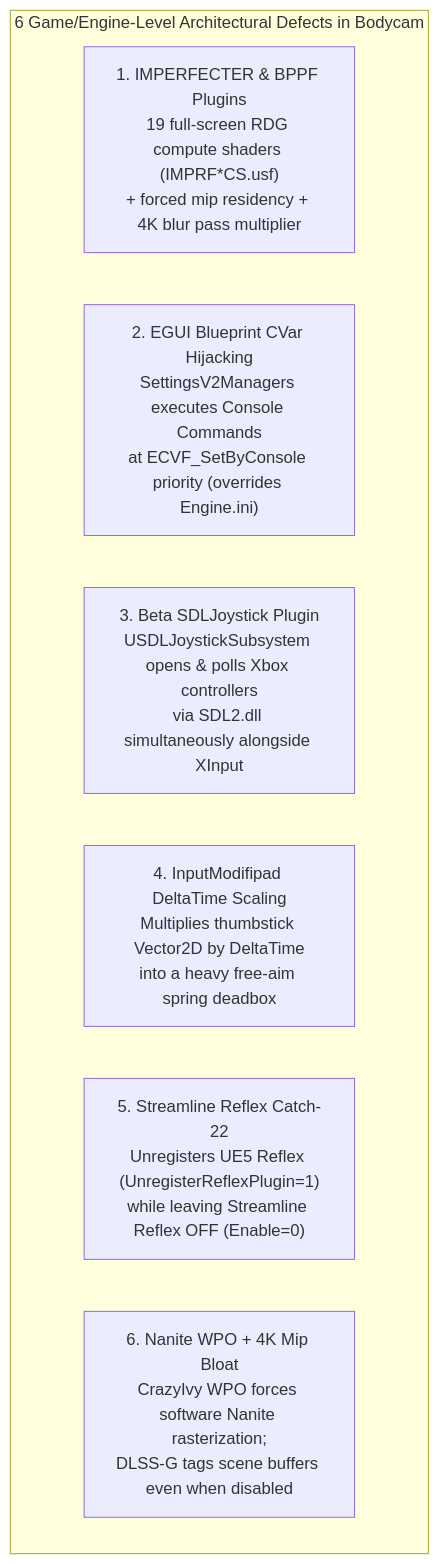
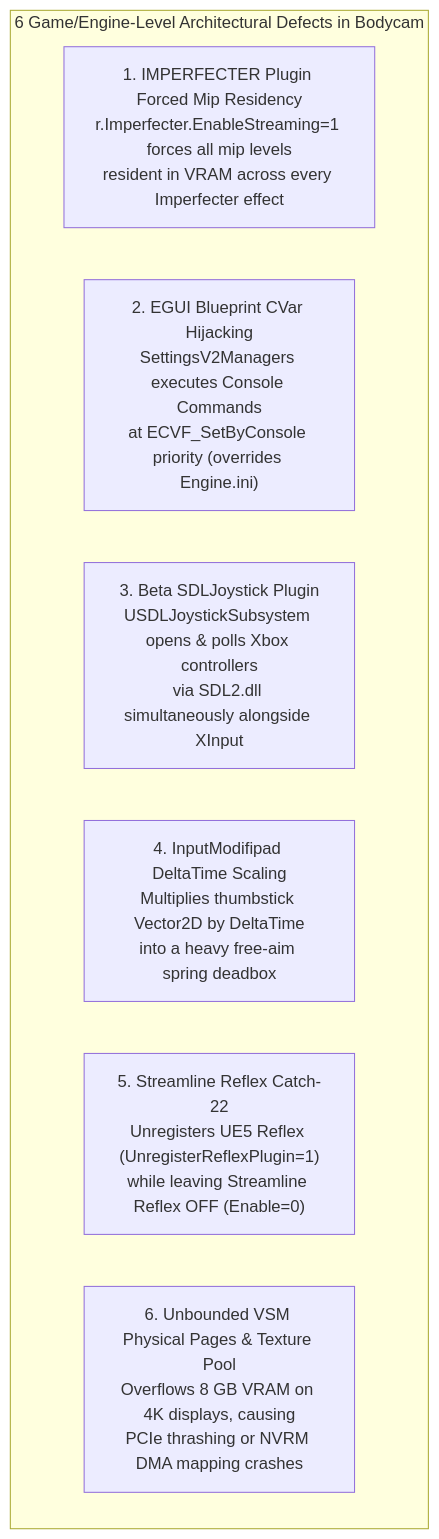
Before and after one commit to Heretek-AI/bodycam-unfuck: the diagram in README.md, drawn with Mermaid. The commit also changed other lines of this file, not shown here.

Commit message:
docs: update README with v1.0.5 EAC-safe architecture, Lumen/VSM lighting preservation, and NVRM DMA fix

````diff
--- a/README.md
+++ b/README.md
@@ -12,11 +12,11 @@
 ```mermaid
 flowchart TD
     subgraph Bugs["6 Game/Engine-Level Architectural Defects in Bodycam"]
-        B1["1. IMPERFECTER & BPPF Plugins\n19 full-screen RDG compute shaders (IMPRF*CS.usf)\n+ forced mip residency + 4K blur pass multiplier"]
+        B1["1. IMPERFECTER Plugin Forced Mip Residency\nr.Imperfecter.EnableStreaming=1 forces all mip levels\nresident in VRAM across every Imperfecter effect"]
         B2["2. EGUI Blueprint CVar Hijacking\nSettingsV2Managers executes Console Commands\nat ECVF_SetByConsole priority (overrides Engine.ini)"]
         B3["3. Beta SDLJoystick Plugin\nUSDLJoystickSubsystem opens & polls Xbox controllers\nvia SDL2.dll simultaneously alongside XInput"]
         B4["4. InputModifipad DeltaTime Scaling\nMultiplies thumbstick Vector2D by DeltaTime\ninto a heavy free-aim spring deadbox"]
         B5["5. Streamline Reflex Catch-22\nUnregisters UE5 Reflex (UnregisterReflexPlugin=1)\nwhile leaving Streamline Reflex OFF (Enable=0)"]
-        B6["6. Nanite WPO + 4K Mip Bloat\nCrazyIvy WPO forces software Nanite rasterization;\nDLSS-G tags scene buffers even when disabled"]
+        B6["6. Unbounded VSM Physical Pages & Texture Pool\nOverflows 8 GB VRAM on 4K displays, causing\nPCIe thrashing or NVRM DMA mapping crashes"]
     end
 ```
````
